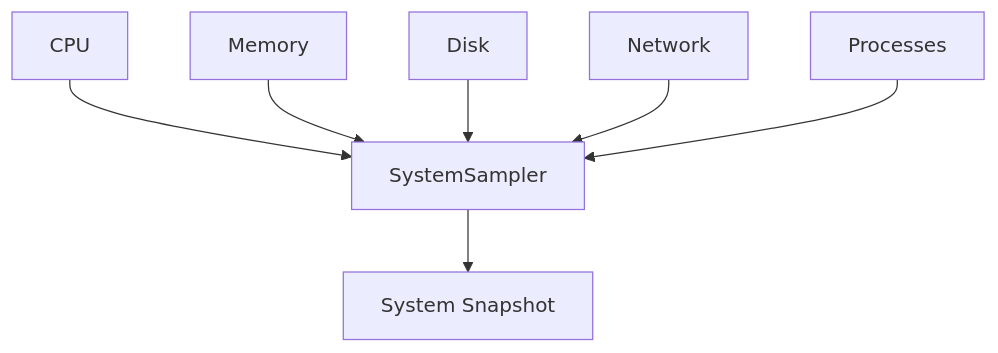
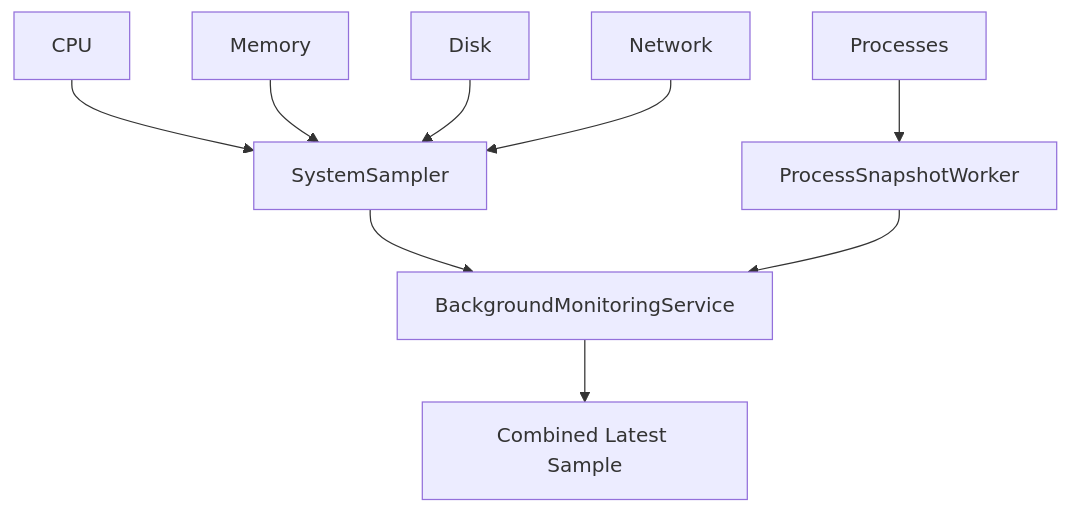
The sixth of 36 diagrams in docs/architecture.md (IronRon/Sys-Monitor), drawn with Mermaid before and after one commit. The commit also changed other lines of this file and 21 other files, not shown here.

First line of the commit message:
feat: Refactor process monitoring and telemetry integration

````diff
--- a/docs/architecture.md
+++ b/docs/architecture.md
@@ -445,18 +444,23 @@
 ```mermaid
 flowchart TD
     CPU["CPU"]
     MEM["Memory"]
     DISK["Disk"]
     NET["Network"]
     PROC["Processes"]
 
     SAMPLER["SystemSampler"]
+    PWORKER["ProcessSnapshotWorker"]
+    SERVICE["BackgroundMonitoringService"]
 
     CPU --> SAMPLER
     MEM --> SAMPLER
     DISK --> SAMPLER
     NET --> SAMPLER
-    PROC --> SAMPLER
 
-    SAMPLER --> SNAP["System Snapshot"]
+    PROC --> PWORKER
+
+    SAMPLER --> SERVICE
+    PWORKER --> SERVICE
+    SERVICE --> SNAP["Combined Latest Sample"]
 ```
````
